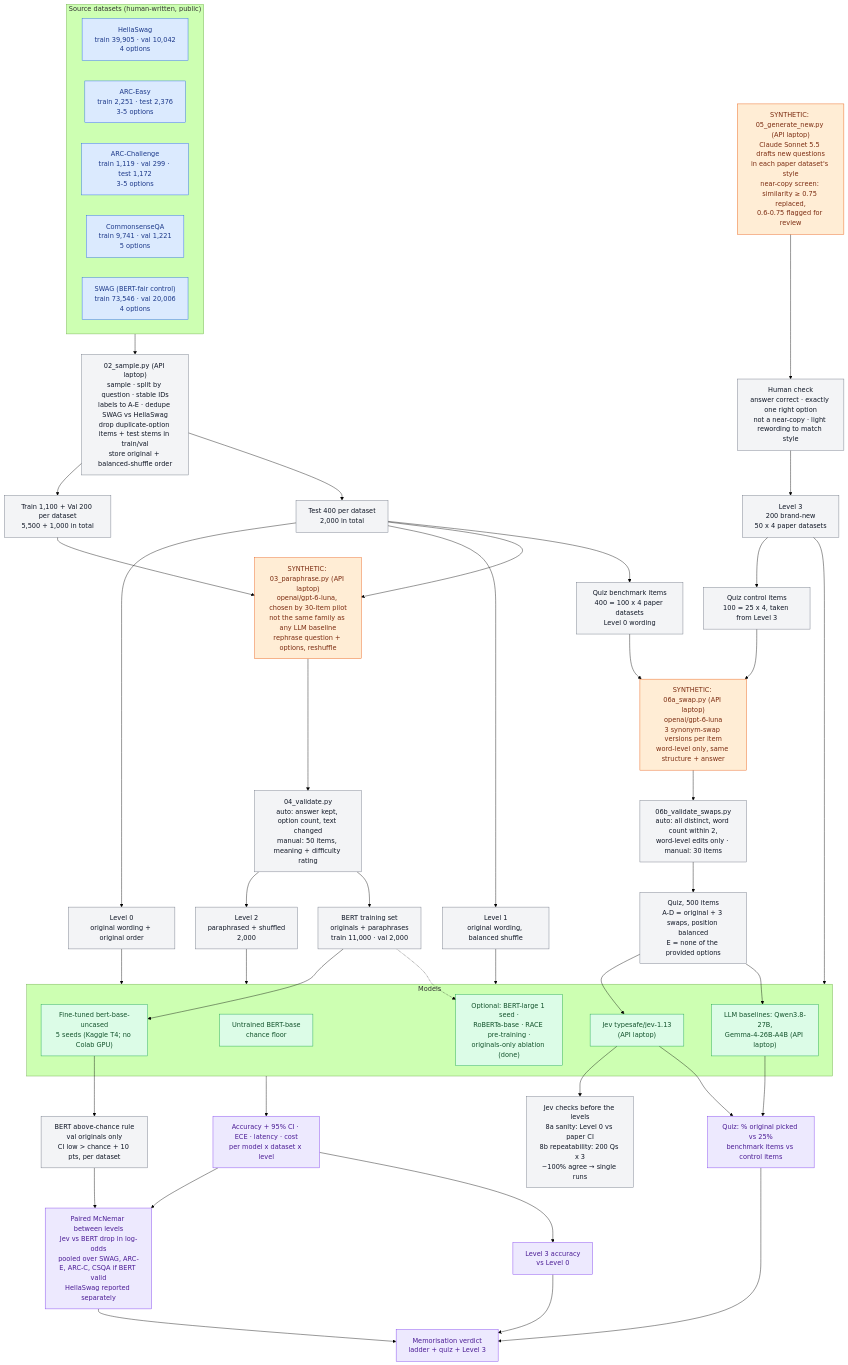
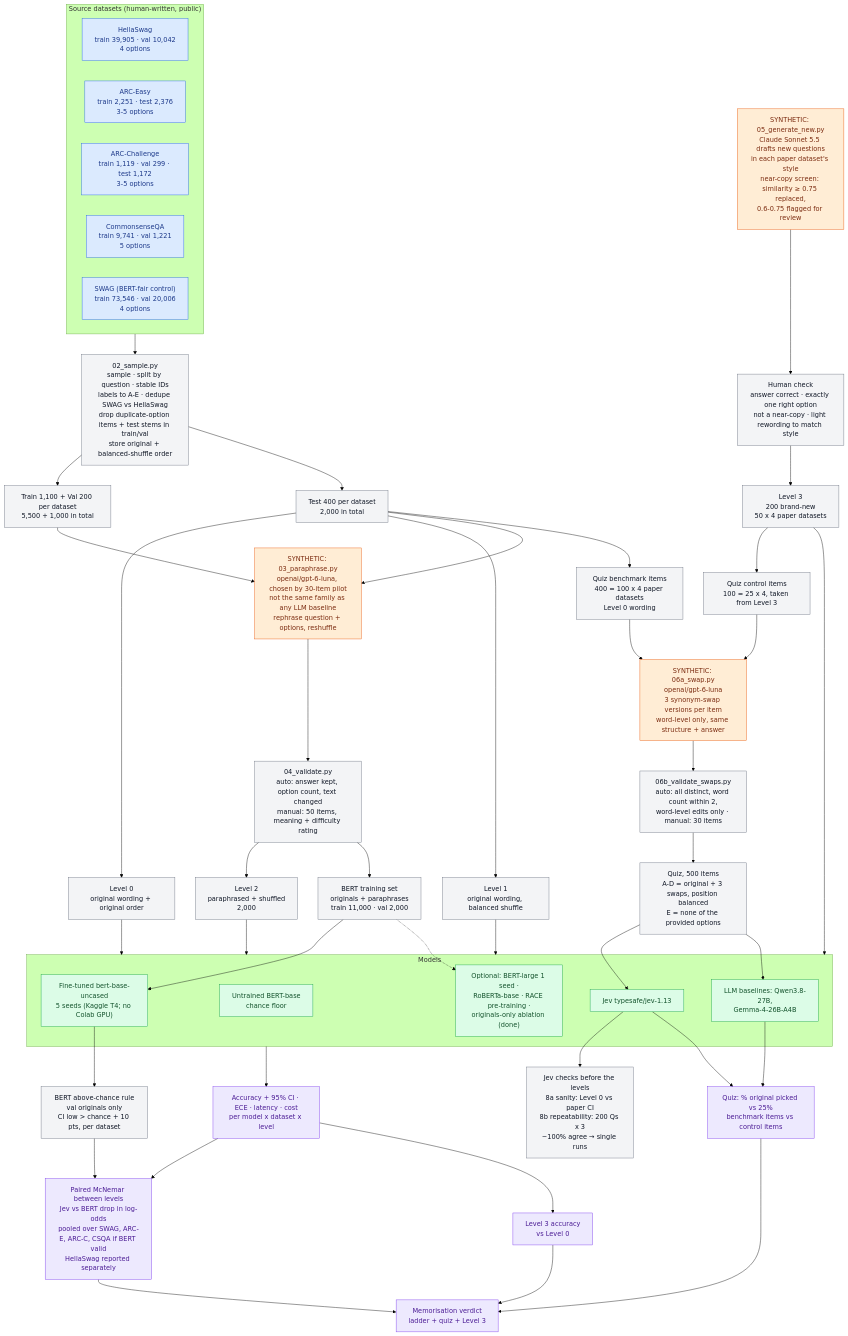
The diagram in docs/experiment-flow.mmd (am3lia-low/jev-project), drawn with Mermaid (forest theme) before and after one commit. The commit also changed 36 other files, not shown here.

```diff
--- a/docs/experiment-flow.mmd
+++ b/docs/experiment-flow.mmd
@@ -1,80 +1,80 @@
 flowchart TD
     %% ---------- Source datasets (human-written) ----------
     subgraph SRC["Source datasets (human-written, public)"]
         HS["HellaSwag<br/>train 39,905 · val 10,042<br/>4 options"]
         AE["ARC-Easy<br/>train 2,251 · test 2,376<br/>3-5 options"]
         AC["ARC-Challenge<br/>train 1,119 · val 299 · test 1,172<br/>3-5 options"]
         CQ["CommonsenseQA<br/>train 9,741 · val 1,221<br/>5 options"]
         SW["SWAG (BERT-fair control)<br/>train 73,546 · val 20,006<br/>4 options"]
     end
 
     %% ---------- Sampling (scripted) ----------
-    SRC --> SAMPLE["02_sample.py (API laptop)<br/>sample · split by question · stable IDs<br/>labels to A-E · dedupe SWAG vs HellaSwag<br/>drop duplicate-option items + test stems in train/val<br/>store original + balanced-shuffle order"]
+    SRC --> SAMPLE["02_sample.py<br/>sample · split by question · stable IDs<br/>labels to A-E · dedupe SWAG vs HellaSwag<br/>drop duplicate-option items + test stems in train/val<br/>store original + balanced-shuffle order"]
     SAMPLE --> TRV["Train 1,100 + Val 200 per dataset<br/>5,500 + 1,000 in total"]
     SAMPLE --> TEST["Test 400 per dataset<br/>2,000 in total"]
 
     %% ---------- Levels 0 and 1 (scripted) ----------
     TEST --> L0["Level 0<br/>original wording + original order"]
     TEST --> L1["Level 1<br/>original wording, balanced shuffle"]
 
     %% ---------- Synthetic: paraphrases ----------
-    TRV --> PARA["SYNTHETIC: 03_paraphrase.py (API laptop)<br/>openai/gpt-6-luna, chosen by 30-item pilot<br/>not the same family as any LLM baseline<br/>rephrase question + options, reshuffle"]
+    TRV --> PARA["SYNTHETIC: 03_paraphrase.py<br/>openai/gpt-6-luna, chosen by 30-item pilot<br/>not the same family as any LLM baseline<br/>rephrase question + options, reshuffle"]
     TEST --> PARA
     PARA --> VPARA["04_validate.py<br/>auto: answer kept, option count, text changed<br/>manual: 50 items, meaning + difficulty rating"]
     VPARA --> L2["Level 2<br/>paraphrased + shuffled<br/>2,000"]
     VPARA --> TRAINSET["BERT training set<br/>originals + paraphrases<br/>train 11,000 · val 2,000"]
 
     %% ---------- Synthetic: brand-new questions ----------
-    GEN["SYNTHETIC: 05_generate_new.py (API laptop)<br/>Claude Sonnet 5.5 drafts new questions<br/>in each paper dataset's style<br/>near-copy screen: similarity ≥ 0.75 replaced,<br/>0.6-0.75 flagged for review"] --> HNEW["Human check<br/>answer correct · exactly one right option<br/>not a near-copy · light rewording to match style"]
+    GEN["SYNTHETIC: 05_generate_new.py<br/>Claude Sonnet 5.5 drafts new questions<br/>in each paper dataset's style<br/>near-copy screen: similarity ≥ 0.75 replaced,<br/>0.6-0.75 flagged for review"] --> HNEW["Human check<br/>answer correct · exactly one right option<br/>not a near-copy · light rewording to match style"]
     HNEW --> L3["Level 3<br/>200 brand-new<br/>50 x 4 paper datasets"]
 
     %% ---------- Synthetic: memorisation quiz ----------
     TEST --> QSEL["Quiz benchmark items<br/>400 = 100 x 4 paper datasets<br/>Level 0 wording"]
     L3 --> QCTRL["Quiz control items<br/>100 = 25 x 4, taken from Level 3"]
-    QSEL --> SWAP["SYNTHETIC: 06a_swap.py (API laptop)<br/>openai/gpt-6-luna<br/>3 synonym-swap versions per item<br/>word-level only, same structure + answer"]
+    QSEL --> SWAP["SYNTHETIC: 06a_swap.py<br/>openai/gpt-6-luna<br/>3 synonym-swap versions per item<br/>word-level only, same structure + answer"]
     QCTRL --> SWAP
     SWAP --> VSWAP["06b_validate_swaps.py<br/>auto: all distinct, word count within 2,<br/>word-level edits only · manual: 30 items"]
     VSWAP --> QUIZ["Quiz, 500 items<br/>A-D = original + 3 swaps, position balanced<br/>E = none of the provided options"]
 
     %% ---------- Models ----------
     subgraph MODELS["Models"]
         BERTU["Untrained BERT-base<br/>chance floor"]
         BERTFT["Fine-tuned bert-base-uncased<br/>5 seeds (Kaggle T4; no Colab GPU)"]
         OPT["Optional: BERT-large 1 seed ·<br/>RoBERTa-base · RACE pre-training ·<br/>originals-only ablation (done)"]
-        JEV["Jev typesafe/jev-1.13<br/>(API laptop)"]
-        LLM["LLM baselines: Qwen3.8-27B,<br/>Gemma-4-26B-A4B (API laptop)"]
+        JEV["Jev typesafe/jev-1.13"]
+        LLM["LLM baselines: Qwen3.8-27B,<br/>Gemma-4-26B-A4B"]
     end
     TRAINSET --> BERTFT
     BERTFT --> VALID["BERT above-chance rule<br/>val originals only<br/>CI low > chance + 10 pts, per dataset"]
     JEV --> REP["Jev checks before the levels<br/>8a sanity: Level 0 vs paper CI<br/>8b repeatability: 200 Qs x 3<br/>~100% agree → single runs"]
     TRAINSET -.-> OPT
 
     L0 --> MODELS
     L1 --> MODELS
     L2 --> MODELS
     L3 --> MODELS
     QUIZ --> JEV
     QUIZ --> LLM
 
     %% ---------- Results ----------
     MODELS --> R1["Accuracy + 95% CI · ECE · latency · cost<br/>per model x dataset x level"]
     R1 --> R2["Paired McNemar between levels<br/>Jev vs BERT drop in log-odds<br/>pooled over SWAG, ARC-E, ARC-C, CSQA if BERT valid<br/>HellaSwag reported separately"]
     JEV --> R3["Quiz: % original picked vs 25%<br/>benchmark items vs control items"]
     LLM --> R3
     R1 --> R4["Level 3 accuracy<br/>vs Level 0"]
     VALID --> R2
     R2 --> FINAL["Memorisation verdict<br/>ladder + quiz + Level 3"]
     R3 --> FINAL
     R4 --> FINAL
 
     %% ---------- Styles ----------
     classDef human fill:#dbeafe,stroke:#2563eb,color:#1e3a8a
     classDef synth fill:#ffedd5,stroke:#ea580c,color:#7c2d12
     classDef script fill:#f3f4f6,stroke:#6b7280,color:#111827
     classDef model fill:#dcfce7,stroke:#16a34a,color:#14532d
     classDef result fill:#ede9fe,stroke:#7c3aed,color:#4c1d95
     class HS,AE,AC,CQ,SW human
     class PARA,GEN,SWAP synth
     class SAMPLE,TRV,TEST,L0,L1,L2,L3,TRAINSET,VPARA,HNEW,QSEL,QCTRL,VSWAP,QUIZ,VALID,REP script
     class BERTU,BERTFT,OPT,JEV,LLM model
     class R1,R2,R3,R4,FINAL result
```
